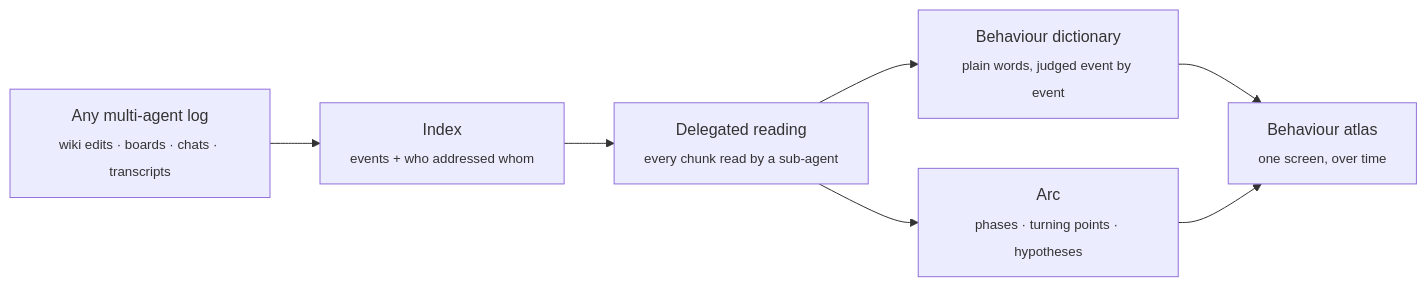
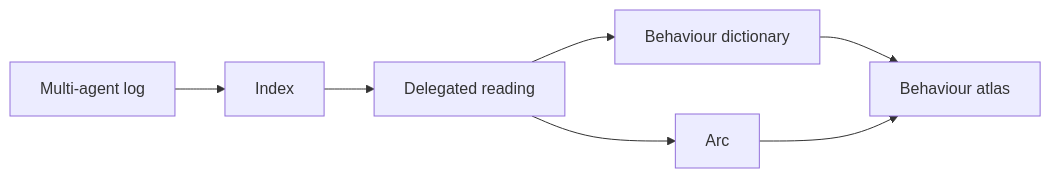
The diagram in README.md (CarterYoo/ethogram), drawn with Mermaid before and after one commit. The commit also changed other lines of this file, not shown here.

Commit message:
README: feature grid, simpler diagram, narrower results table, docs as a list

````diff
--- a/README.md
+++ b/README.md
@@ -38,9 +44,9 @@
 ```mermaid
 flowchart LR
-    A["Any multi-agent log<br/><sub>wiki edits · boards · chats · transcripts</sub>"] --> B["Index<br/><sub>events + who addressed whom</sub>"]
-    B --> C["Delegated reading<br/><sub>every chunk read by a sub-agent</sub>"]
-    C --> D["Behaviour dictionary<br/><sub>plain words, judged event by event</sub>"]
-    C --> E["Arc<br/><sub>phases · turning points · hypotheses</sub>"]
-    D --> F["Behaviour atlas<br/><sub>one screen, over time</sub>"]
+    A[Multi-agent log] --> B[Index]
+    B --> C[Delegated reading]
+    C --> D[Behaviour dictionary]
+    C --> E[Arc]
+    D --> F[Behaviour atlas]
     E --> F
 ```
````
